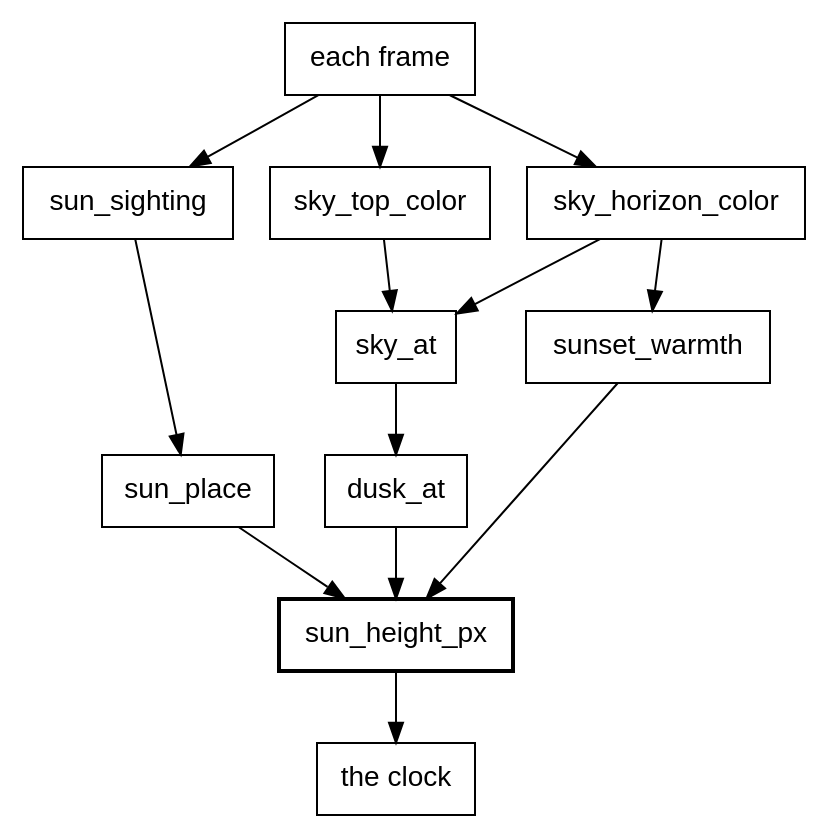
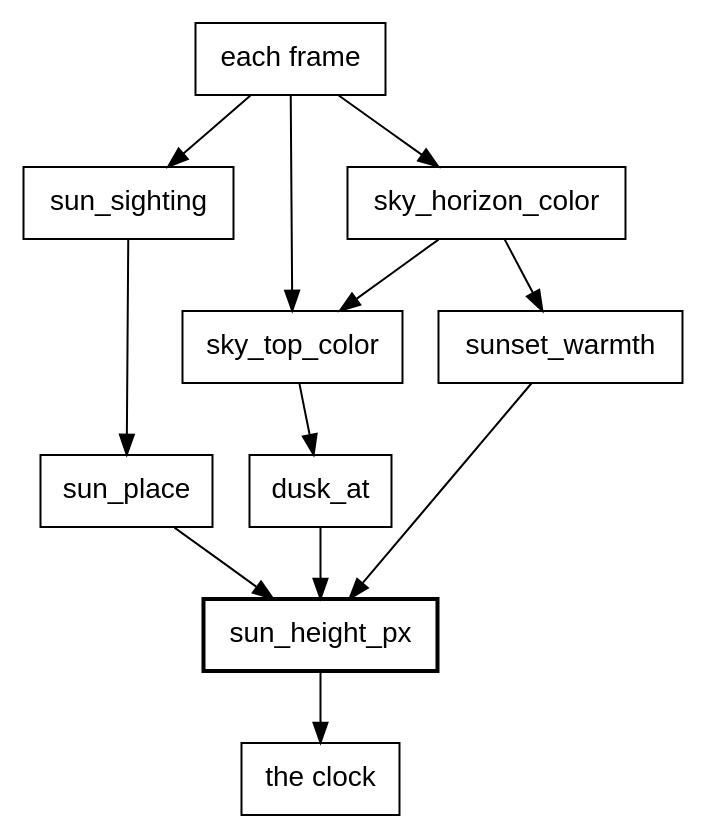
Before and after one commit to showell/roc-apps: the ninth of 29 diagrams in canvas_apps/safari/tutorial/tutorial.md, drawn with Graphviz. The commit also changed other lines of this file and 7 other files, not shown here.

````diff
--- a/canvas_apps/safari/tutorial/tutorial.md
+++ b/canvas_apps/safari/tutorial/tutorial.md
@@ -923,20 +921,19 @@
 ```dot
 digraph sunset {
   node [shape=box, fontname="Helvetica"];
   frame [label="each frame"];
   frame -> sun_sighting;
   frame -> sky_top_color;
   frame -> sky_horizon_color;
   sun_sighting -> sun_place;
-  sky_top_color -> sky_at;
-  sky_horizon_color -> sky_at;
+  sky_top_color -> dusk_at;
+  sky_horizon_color -> sky_top_color;
   sky_horizon_color -> sunset_warmth;
-  sky_at -> dusk_at;
   sun_place -> sun_height_px;
   dusk_at -> sun_height_px;
   sunset_warmth -> sun_height_px;
   sun_height_px [style=bold];
   clock [label="the clock"];
   sun_height_px -> clock;
 }
 ```
````
